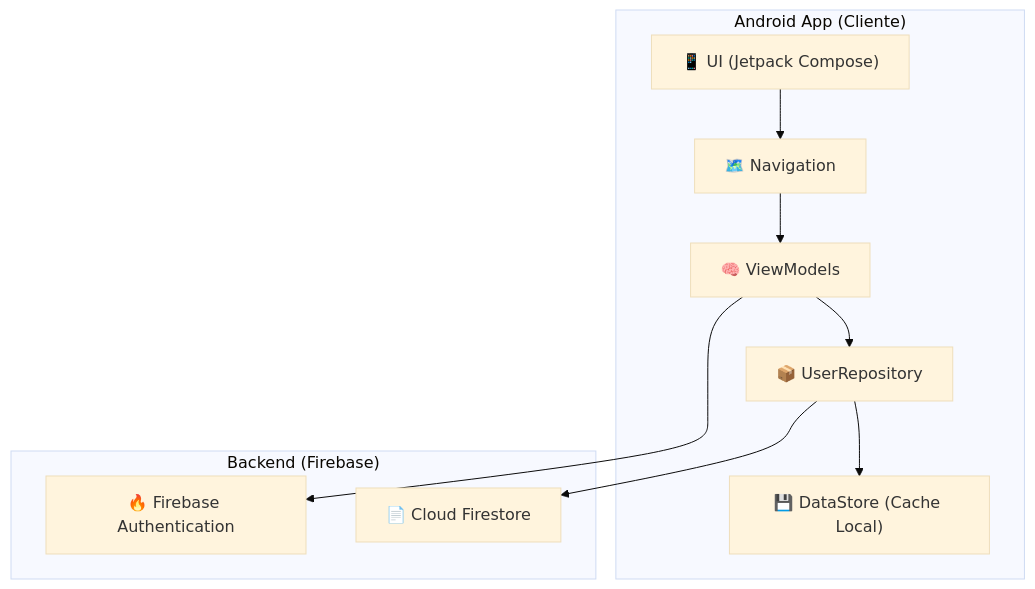
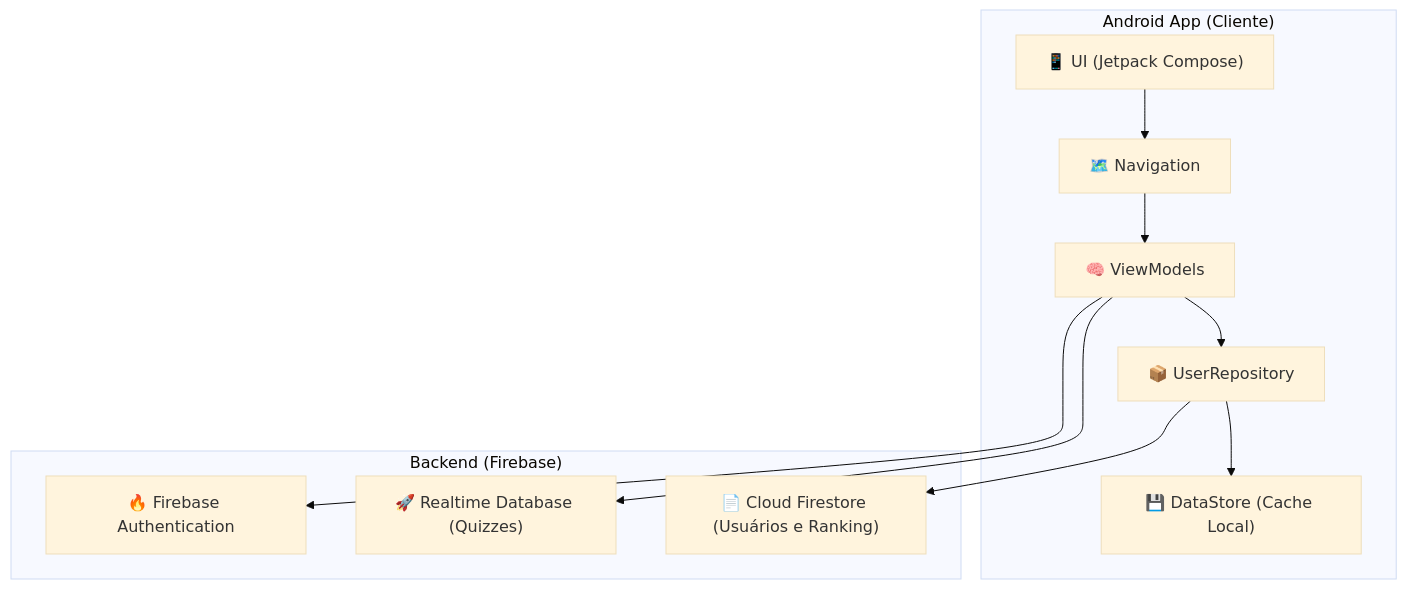
Before and after one commit to master-rogerio/VC-Quiz-o: the diagram in README.md, drawn with Mermaid (base theme). The commit also changed other lines of this file, not shown here.

````diff
--- a/README.md
+++ b/README.md
@@ -37,22 +37,24 @@
 ```mermaid
 graph TD
     subgraph "Android App (Cliente)"
         UI["📱 UI (Jetpack Compose)"]
         NAV["🗺️ Navigation"]
-        VM["🧠 ViewModels"]
+        VMs["🧠 ViewModels"]
         REPO["📦 UserRepository"]
         DS["💾 DataStore (Cache Local)"]
     end
 
     subgraph "Backend (Firebase)"
         AUTH["🔥 Firebase Authentication"]
-        FS["📄 Cloud Firestore"]
+        RTDB["🚀 Realtime Database (Quizzes)"]
+        FS["📄 Cloud Firestore (Usuários e Ranking)"]
     end
 
     UI --> NAV
-    NAV --> VM
-    VM --> REPO
+    NAV --> VMs
+    VMs --> REPO
+    VMs --> RTDB
     REPO --> DS
     REPO --> FS
-    VM --> AUTH
+    VMs --> AUTH
 ```
````
